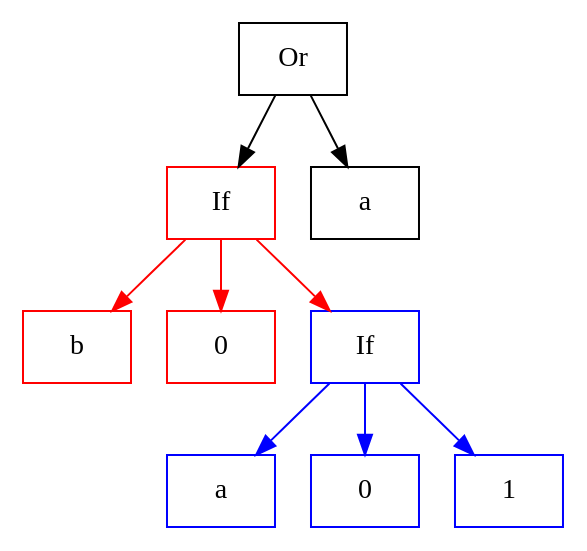
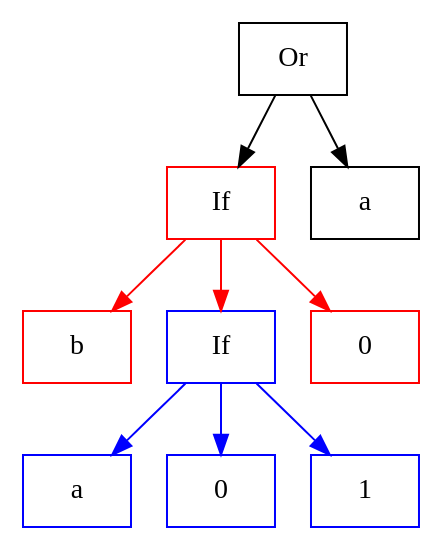
One commit to chathamabate/youtube-misc changed the diagram in boolreduce/graphs/toIf2.gv. Above: the diagram before and after it, drawn with Graphviz. The commit also changed other lines of this file and 2 other files, not shown here.

```diff
--- a/boolreduce/graphs/toIf2.gv
+++ b/boolreduce/graphs/toIf2.gv
@@ -1,34 +1,34 @@
 
 // toIf2
 digraph G {
     node [shape="box"];
     n0 [label="Or"];
     
     subgraph D {
         node [color="red"]
         edge [color="red"]   
 
         n1 [label="If"];
         n1 -> n2;
         n2 [label="b"];
+        n1 -> n3;
         n1 -> n7;
         n7 [label="0"];
-        n1 -> n3;
     }
     
     subgraph F {
         node [color="blue"]
         edge [color="blue"]   
         n3 [label="If" color="blue"];
         n3 -> n4;
         n4 [label="a"];
         n3 -> n5;
         n5 [label="0"];
         n3 -> n6;
         n6 [label="1"];
     }
 
     n0 -> n1;
     n0 -> n8;
     n8 [label="a"];
 }
```
